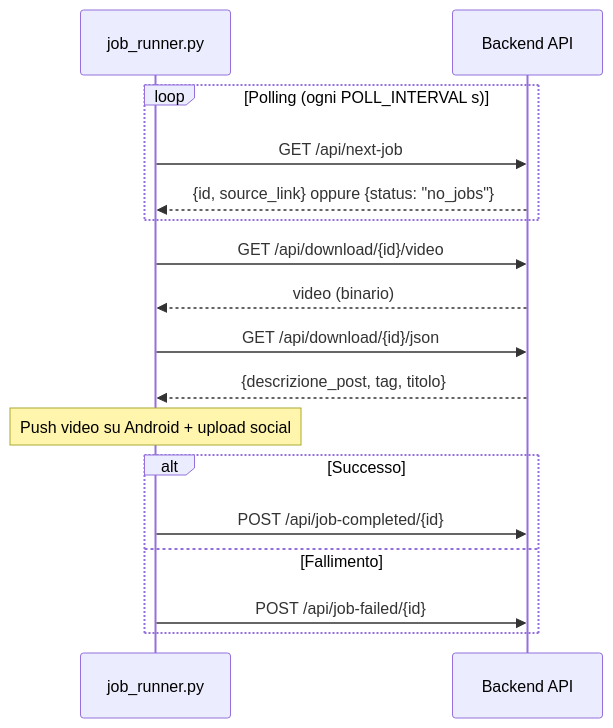
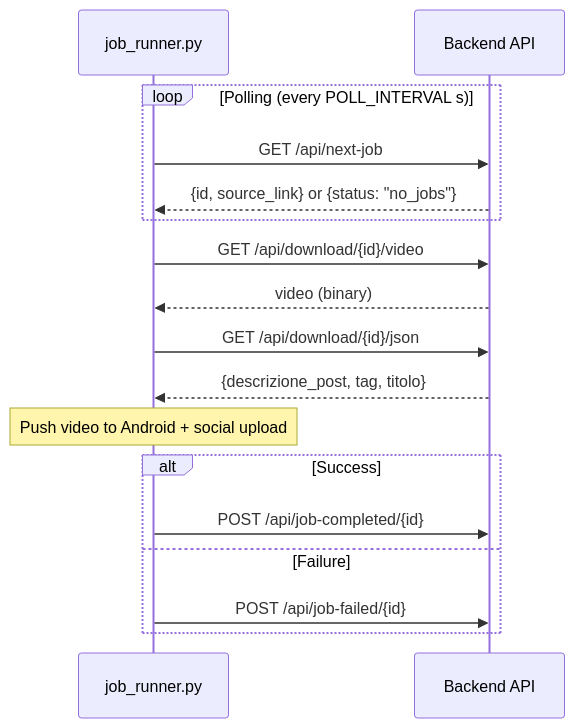
Before and after one commit to brottobhmg/github-reel-generator: the second of 3 diagrams in docs/ARCHITECTURE.md, drawn with Mermaid. The commit also changed other lines of this file and 6 other files, not shown here.

````diff
--- a/docs/ARCHITECTURE.md
+++ b/docs/ARCHITECTURE.md
@@ -86,24 +86,24 @@
 ```mermaid
 sequenceDiagram
     participant Client as job_runner.py
     participant Server as Backend API
 
-    loop Polling (ogni POLL_INTERVAL s)
+    loop Polling (every POLL_INTERVAL s)
         Client->>Server: GET /api/next-job
-        Server-->>Client: {id, source_link} oppure {status: "no_jobs"}
+        Server-->>Client: {id, source_link} or {status: "no_jobs"}
     end
 
     Client->>Server: GET /api/download/{id}/video
-    Server-->>Client: video (binario)
+    Server-->>Client: video (binary)
 
     Client->>Server: GET /api/download/{id}/json
     Server-->>Client: {descrizione_post, tag, titolo}
 
-    Note over Client: Push video su Android + upload social
+    Note over Client: Push video to Android + social upload
 
-    alt Successo
+    alt Success
         Client->>Server: POST /api/job-completed/{id}
-    else Fallimento
+    else Failure
         Client->>Server: POST /api/job-failed/{id}
     end
 ```
````
